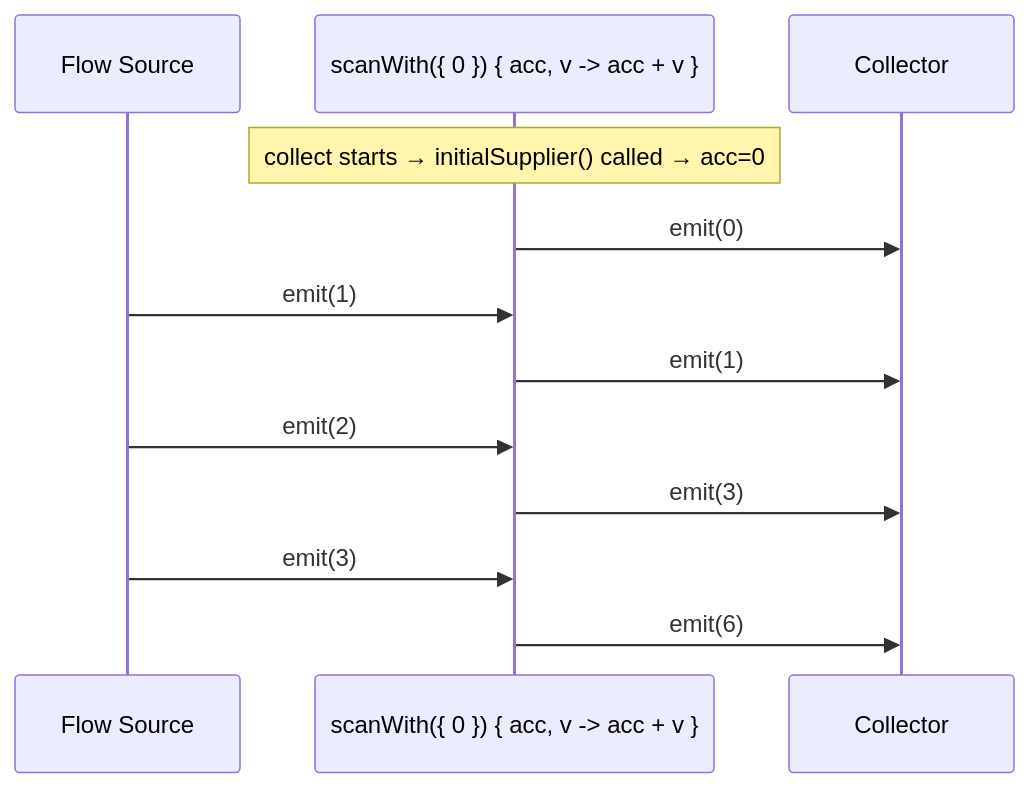
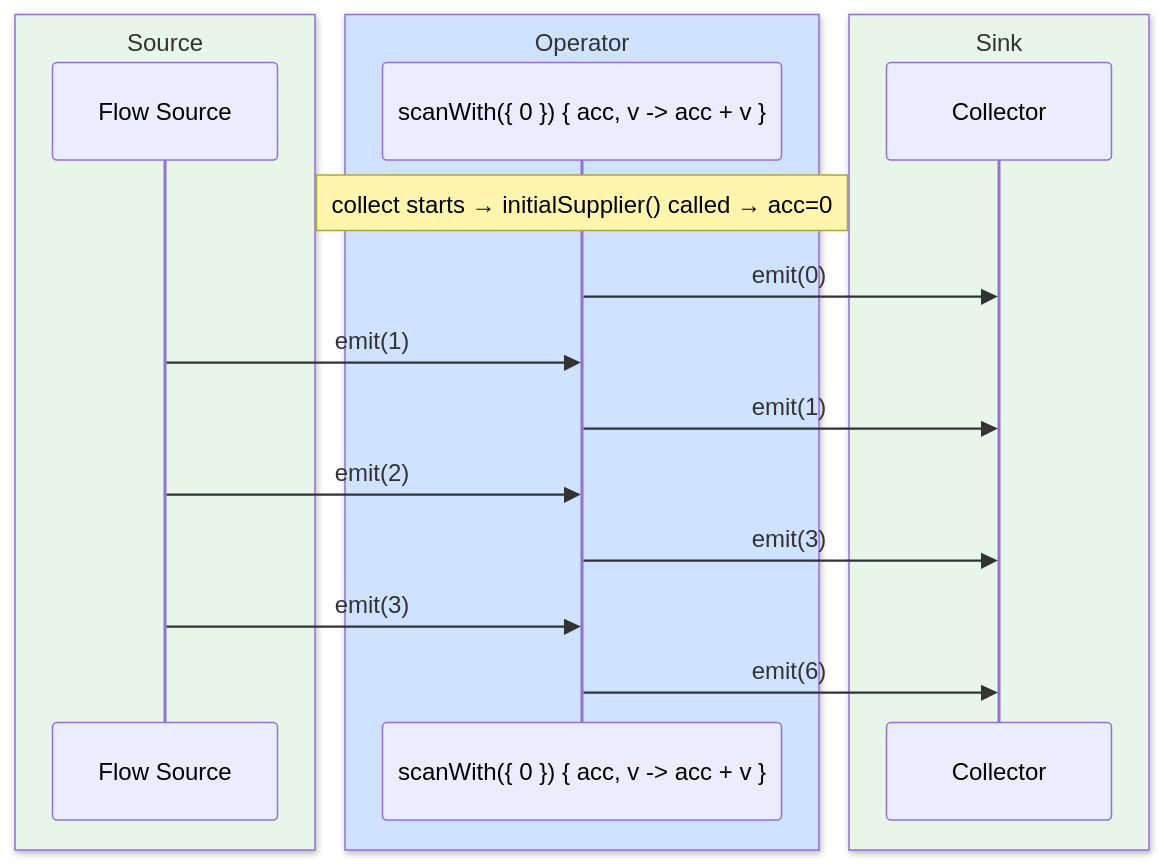
One commit to bluetape4k/bluetape4k-projects changed diagram 15 of 16 in bluetape4k/coroutines/README.md. Above: the diagram before and after it, drawn with Mermaid. The commit also changed other lines of this file and 221 other files, not shown here.

First line of the commit message:
docs: 전체 모듈 README UML 다이어그램 보강 및 색상 업그레이드

````diff
--- a/bluetape4k/coroutines/README.md
+++ b/bluetape4k/coroutines/README.md
@@ -593,14 +696,20 @@
 ```mermaid
 sequenceDiagram
-    participant S as Flow Source
-    participant SW as scanWith({ 0 }) { acc, v -> acc + v }
-    participant R as Collector
+    box rgb(232, 245, 233) Source
+        participant S as Flow Source
+    end
+    box rgb(207, 226, 255) Operator
+        participant SW as scanWith({ 0 }) { acc, v -> acc + v }
+    end
+    box rgb(232, 245, 233) Sink
+        participant R as Collector
+    end
     Note over SW: collect starts → initialSupplier() called → acc=0
     SW ->> R: emit(0)
     S ->> SW: emit(1)
     SW ->> R: emit(1)
     S ->> SW: emit(2)
     SW ->> R: emit(3)
     S ->> SW: emit(3)
     SW ->> R: emit(6)
 ```
````
